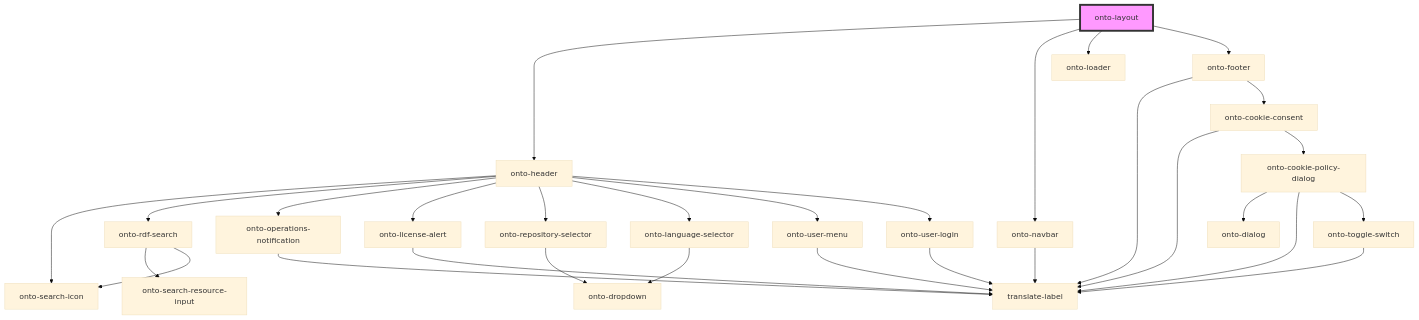
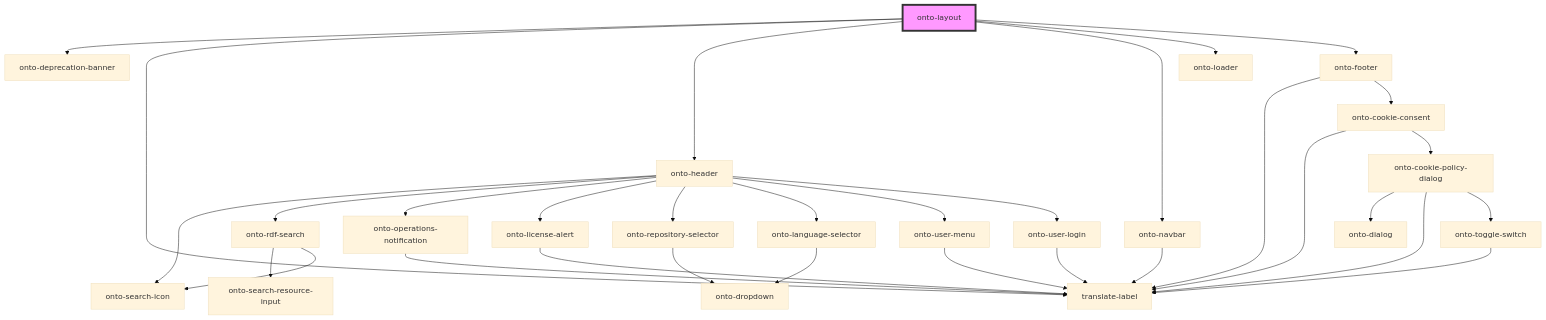
The diagram in packages/shared-components/src/components/onto-layout/readme.md (Ontotext-AD/graphdb-workbench), drawn with Mermaid (base theme) before and after one commit. The commit also changed other lines of this file and 15 other files, not shown here.

````diff
--- a/packages/shared-components/src/components/onto-layout/readme.md
+++ b/packages/shared-components/src/components/onto-layout/readme.md
@@ -18,33 +20,35 @@
 ```mermaid
 graph TD;
+  onto-layout --> onto-deprecation-banner
+  onto-layout --> translate-label
   onto-layout --> onto-header
   onto-layout --> onto-navbar
   onto-layout --> onto-loader
   onto-layout --> onto-footer
   onto-header --> onto-search-icon
   onto-header --> onto-rdf-search
   onto-header --> onto-operations-notification
   onto-header --> onto-license-alert
   onto-header --> onto-repository-selector
   onto-header --> onto-language-selector
   onto-header --> onto-user-menu
   onto-header --> onto-user-login
   onto-rdf-search --> onto-search-resource-input
   onto-rdf-search --> onto-search-icon
   onto-operations-notification --> translate-label
   onto-license-alert --> translate-label
   onto-repository-selector --> onto-dropdown
   onto-language-selector --> onto-dropdown
   onto-user-menu --> translate-label
   onto-user-login --> translate-label
   onto-navbar --> translate-label
   onto-footer --> translate-label
   onto-footer --> onto-cookie-consent
   onto-cookie-consent --> translate-label
   onto-cookie-consent --> onto-cookie-policy-dialog
   onto-cookie-policy-dialog --> onto-dialog
   onto-cookie-policy-dialog --> translate-label
   onto-cookie-policy-dialog --> onto-toggle-switch
   onto-toggle-switch --> translate-label
   style onto-layout fill:#f9f,stroke:#333,stroke-width:4px
 ```
````
